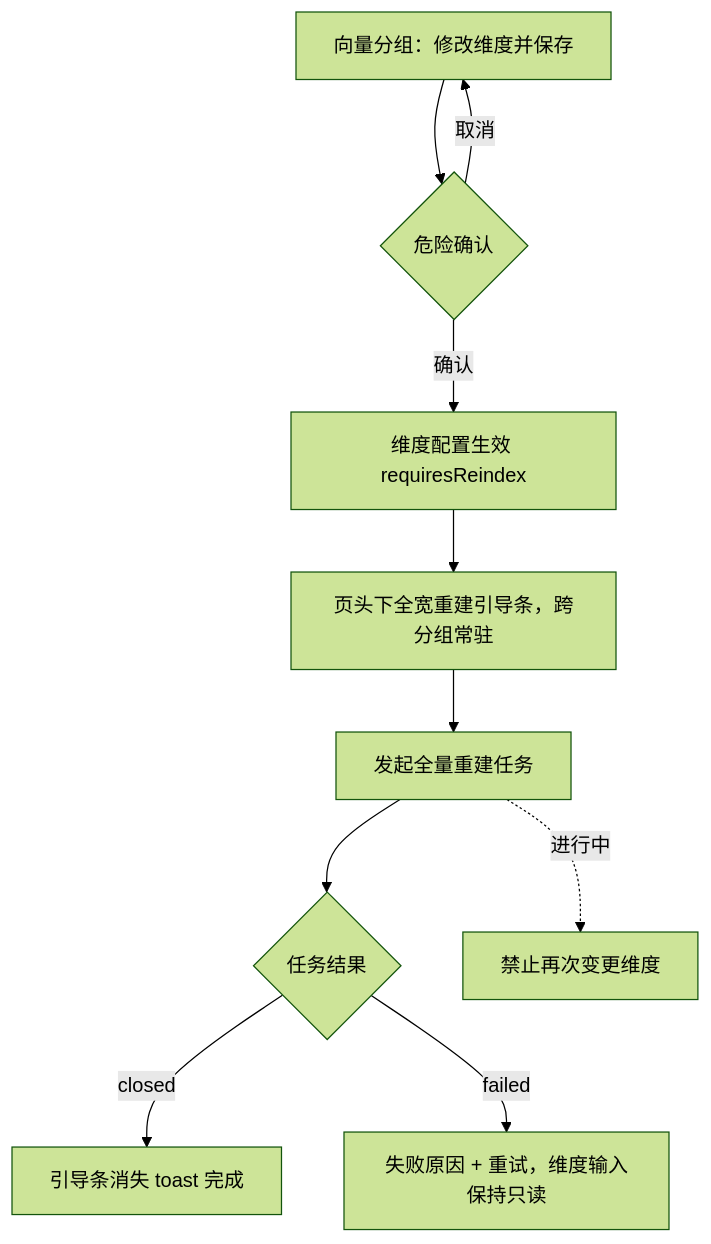
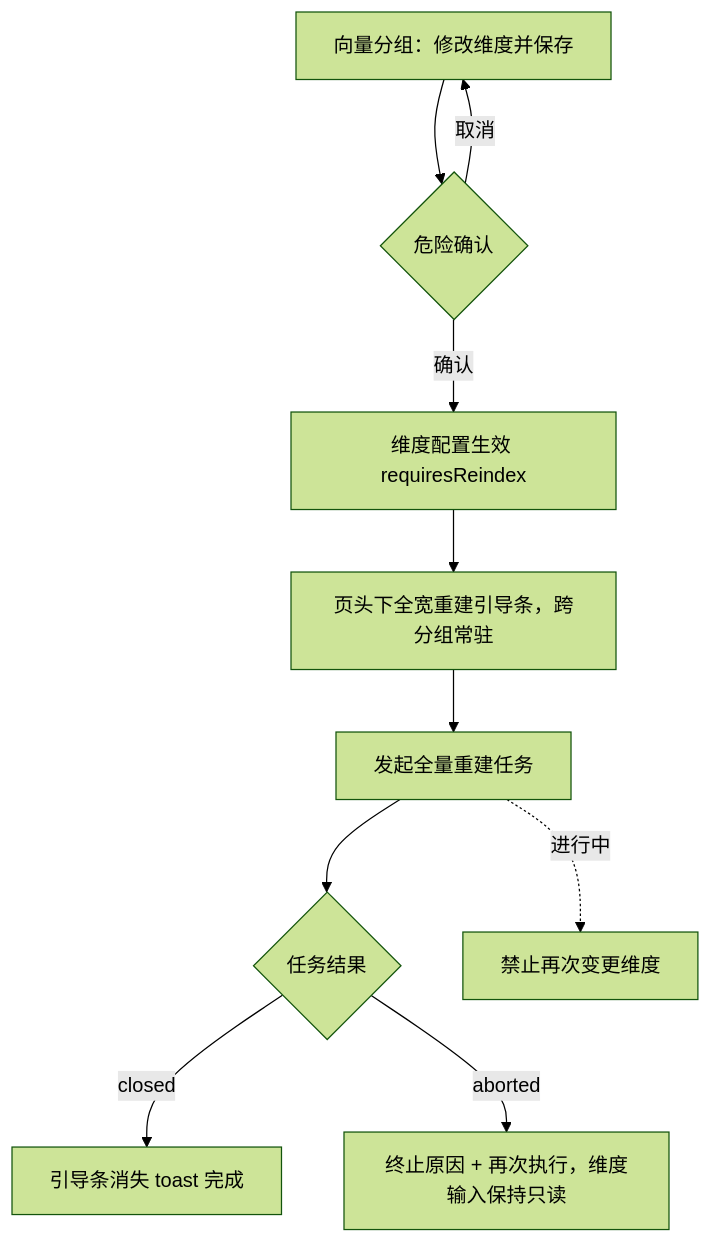
One commit to XiaoMiSum/robotest changed the first of 2 diagrams in docs/05-interaction-design/07-ai-capability/02-ai-admin-ui.md. Above: the diagram before and after it, drawn with Mermaid (forest theme). The commit also changed other lines of this file and 25 other files, not shown here.

Commit message:
📝 docs(ai): 五切片并行审计修复 AI Task 残留——数据接口 ER/状态机/术语/判据全量对齐新架构

````diff
--- a/docs/05-interaction-design/07-ai-capability/02-ai-admin-ui.md
+++ b/docs/05-interaction-design/07-ai-capability/02-ai-admin-ui.md
@@ -117,12 +117,12 @@
 ```mermaid
 flowchart TD
   A[向量分组：修改维度并保存] --> B{危险确认}
   B -- 取消 --> A
   B -- 确认 --> C[维度配置生效 requiresReindex]
   C --> D[页头下全宽重建引导条，跨分组常驻]
   D --> E[发起全量重建任务]
   E --> F{任务结果}
   F -- closed --> G[引导条消失 toast 完成]
-  F -- failed --> H[失败原因 + 重试，维度输入保持只读]
+  F -- aborted --> H[终止原因 + 再次执行，维度输入保持只读]
   E -. 进行中 .-> I[禁止再次变更维度]
 ```
````
